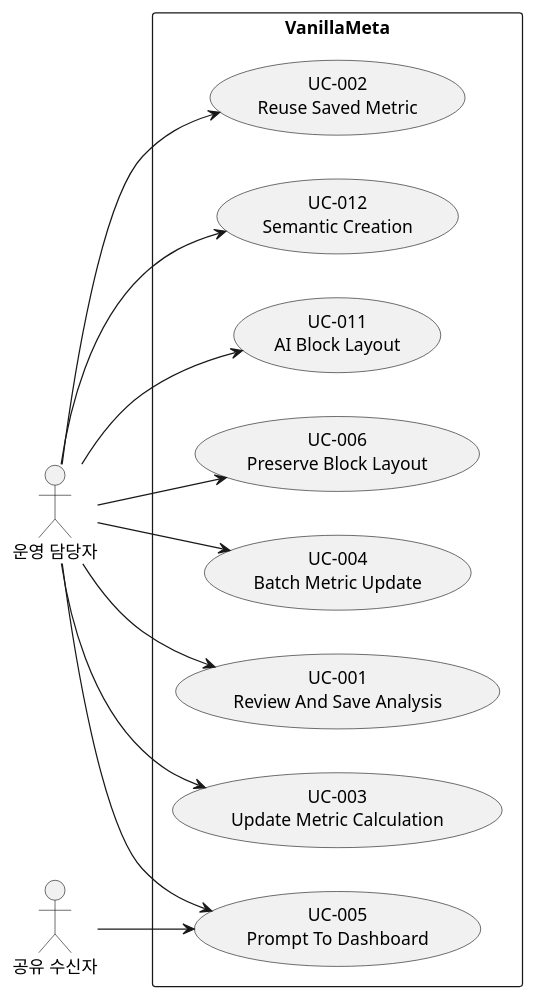
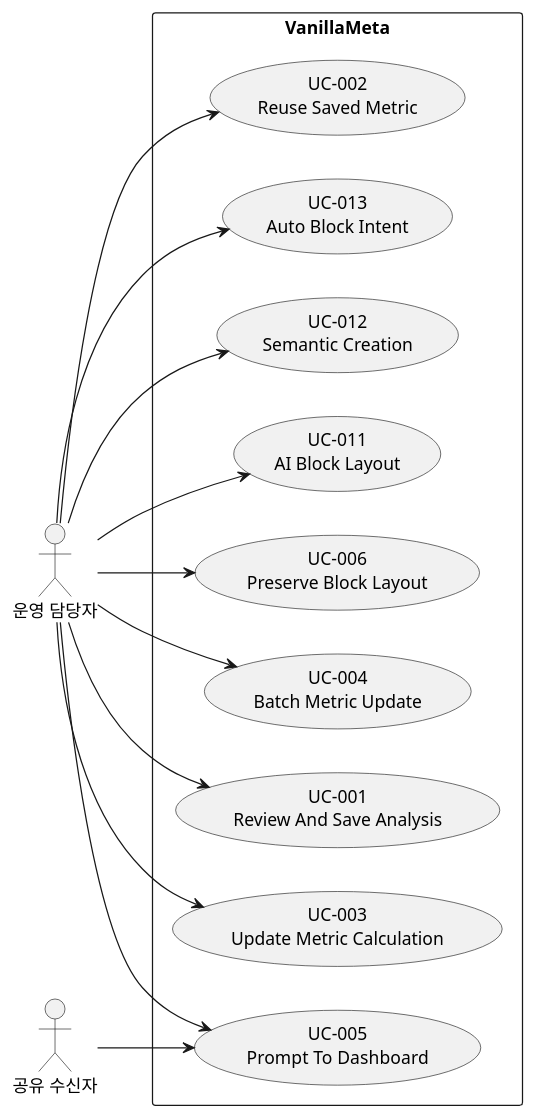
The diagram in docs/use_cases.puml (vanillabrain/vanillameta), drawn with PlantUML before and after one commit. The commit also changed 15 other files, not shown here.

Commit message:
feat: route block edit questions by automatic intent

```diff
--- a/docs/use_cases.puml
+++ b/docs/use_cases.puml
@@ -1,24 +1,26 @@
 @startuml
 left to right direction
 actor "운영 담당자" as operator
 rectangle "VanillaMeta" {
+ usecase "UC-013\nAuto Block Intent" as UC013
  usecase "UC-012\nSemantic Creation" as UC012
  usecase "UC-011\nAI Block Layout" as UC011
  usecase "UC-006\nPreserve Block Layout" as UC006
  usecase "UC-005\nPrompt To Dashboard" as UC005
  usecase "UC-004\nBatch Metric Update" as UC004
  usecase "UC-001\nReview And Save Analysis" as UC001
  usecase "UC-003\nUpdate Metric Calculation" as UC003
  usecase "UC-002\nReuse Saved Metric" as UC002
 }
+operator --> UC013
 operator --> UC012
 operator --> UC011
 operator --> UC006
 operator --> UC005
 actor "공유 수신자" as recipient
 recipient --> UC005
 operator --> UC004
 operator --> UC003
 operator --> UC002
 operator --> UC001
 @enduml
```
